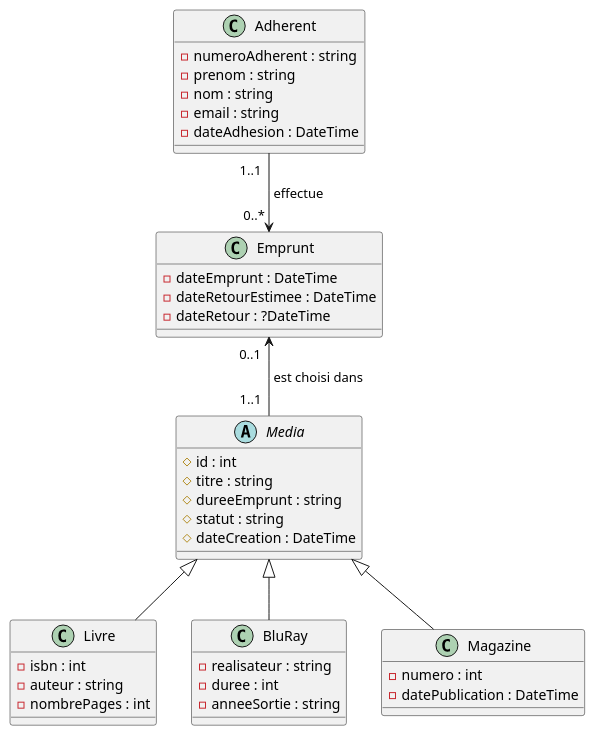
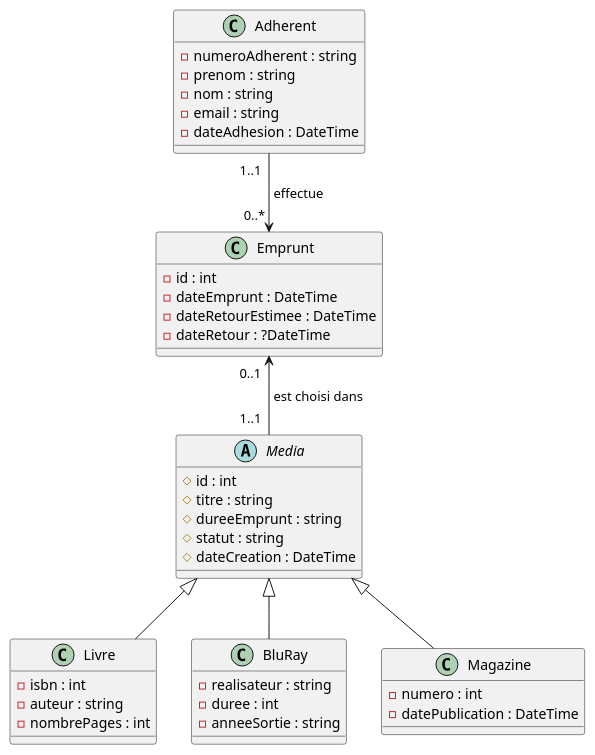
One commit to nathanpierret/projet-bibliotheque changed the diagram in documentation/Diagramme_de_classes.puml. Above: the diagram before and after it, drawn with PlantUML.

Commit message:
Ajout des classes dans le dossier src

```diff
--- a/documentation/Diagramme_de_classes.puml
+++ b/documentation/Diagramme_de_classes.puml
@@ -1,48 +1,49 @@
 @startuml
 'https://plantuml.com/class-diagram
 
 abstract class Media {
 #id : int
 #titre : string
 #dureeEmprunt : string
 #statut : string
 #dateCreation : DateTime
 }
 
 class Livre {
 -isbn : int
 -auteur : string
 -nombrePages : int
 }
 
 class BluRay {
 -realisateur : string
 -duree : int
 -anneeSortie : string
 }
 
 class Magazine {
 -numero : int
 -datePublication : DateTime
 }
 
 class Adherent {
 -numeroAdherent : string
 -prenom : string
 -nom : string
 -email : string
 -dateAdhesion : DateTime
 }
 
 class Emprunt {
+-id : int
 -dateEmprunt : DateTime
 -dateRetourEstimee : DateTime
 -dateRetour : ?DateTime
 }
 
 Media <|-- Livre
 Media <|-- Magazine
 Media <|-- BluRay
 Adherent "1..1  " --> "0..* " Emprunt : " effectue"
 Emprunt "0..1  " <-- "1..1  " Media : " est choisi dans"
 @enduml
```
